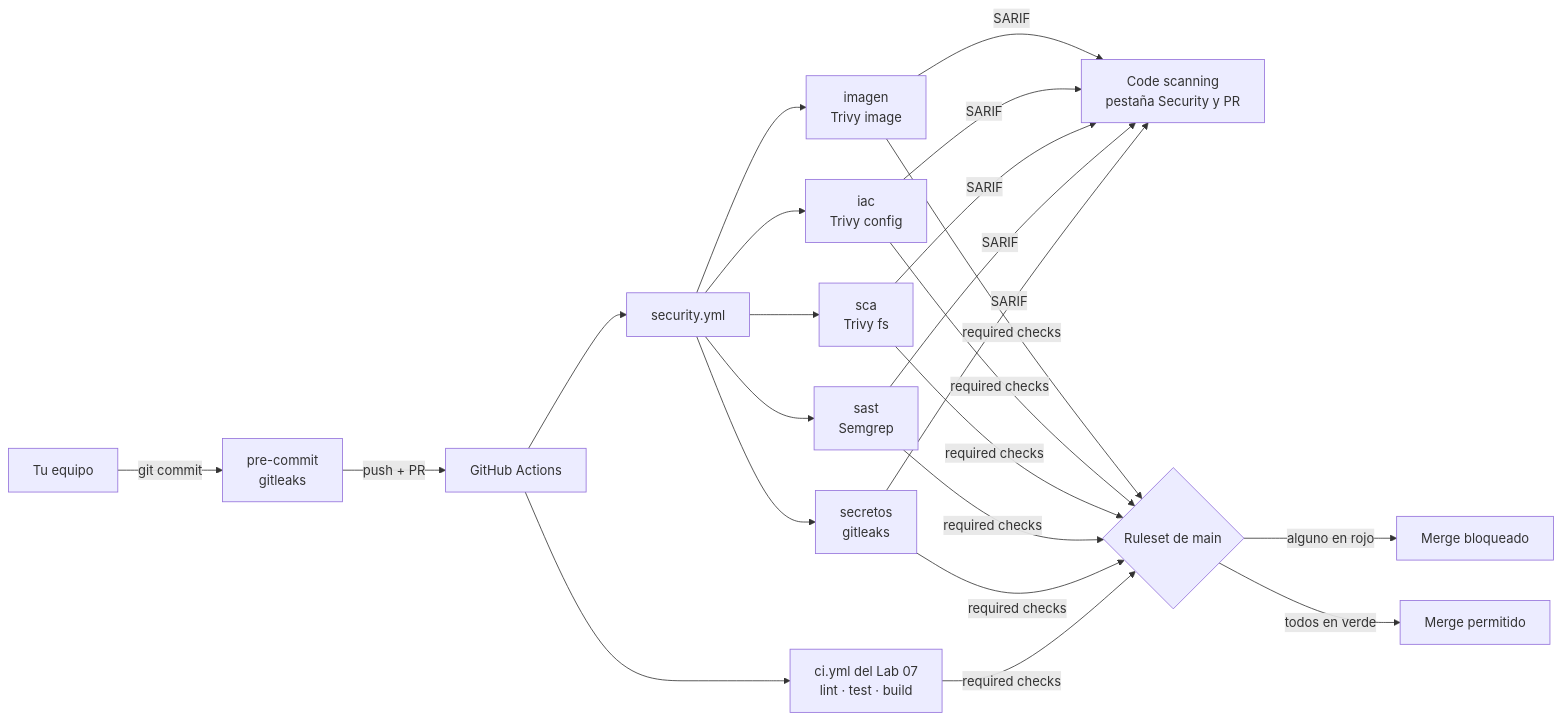
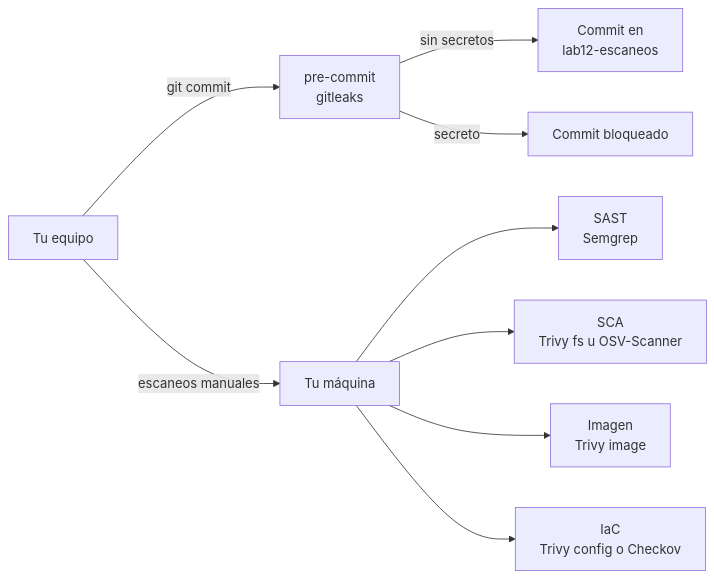
One commit to daedov/cuaderno-tecnico changed the diagram in docs/laboratorios/devsecops/escaneos-en-pipeline.md. Above: the diagram before and after it, drawn with Mermaid. The commit also changed other lines of this file and 35 other files, not shown here.

````diff
--- a/docs/laboratorios/devsecops/escaneos-en-pipeline.md
+++ b/docs/laboratorios/devsecops/escaneos-en-pipeline.md
@@ -57,16 +54,11 @@
 ```mermaid
 flowchart LR
     dev[Tu equipo] -->|git commit| pc[pre-commit<br/>gitleaks]
-    pc -->|push + PR| gh[GitHub Actions]
-    gh --> ci[ci.yml del Lab 07<br/>lint · test · build]
-    gh --> sec[security.yml]
-    sec --> s1[secretos<br/>gitleaks]
-    sec --> s2[sast<br/>Semgrep]
-    sec --> s3[sca<br/>Trivy fs]
-    sec --> s4[iac<br/>Trivy config]
-    sec --> s5[imagen<br/>Trivy image]
-    s1 & s2 & s3 & s4 & s5 -->|SARIF| cs[Code scanning<br/>pestaña Security y PR]
-    ci & s1 & s2 & s3 & s4 & s5 -->|required checks| gate{Ruleset de main}
-    gate -->|alguno en rojo| bloq[Merge bloqueado]
-    gate -->|todos en verde| ok[Merge permitido]
+    pc -->|sin secretos| commit[Commit en<br/>lab12-escaneos]
+    pc -->|secreto| bloq[Commit bloqueado]
+    dev -->|escaneos manuales| loc[Tu máquina]
+    loc --> s2[SAST<br/>Semgrep]
+    loc --> s3[SCA<br/>Trivy fs u OSV-Scanner]
+    loc --> s5[Imagen<br/>Trivy image]
+    loc --> s4[IaC<br/>Trivy config o Checkov]
 ```
````
